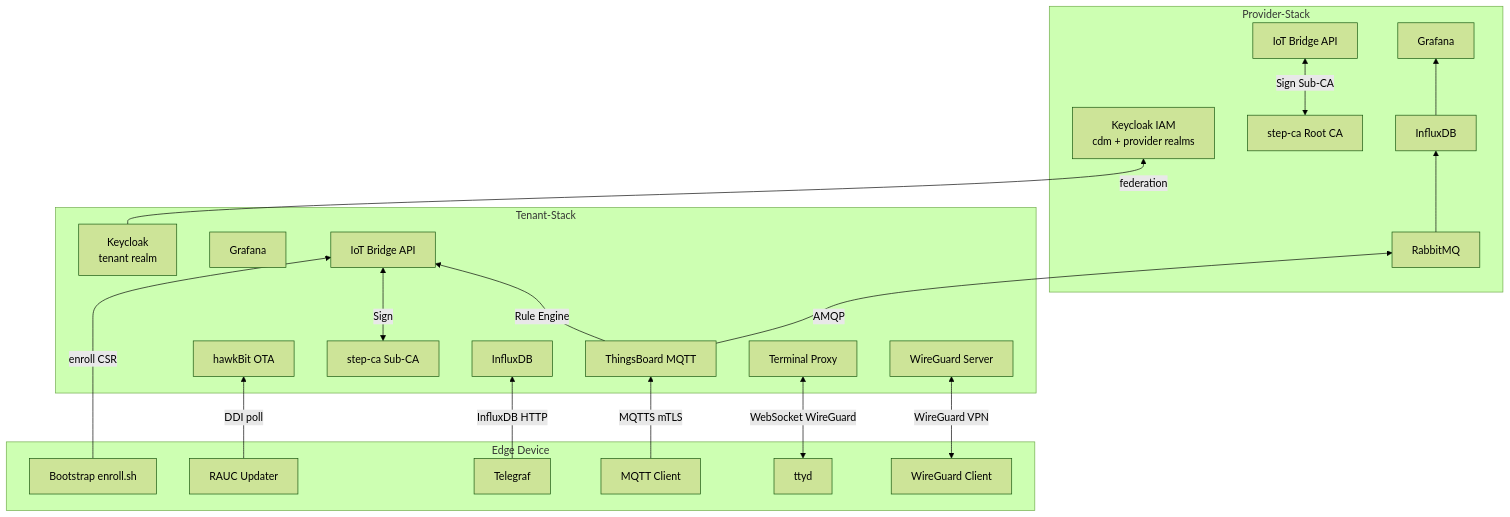
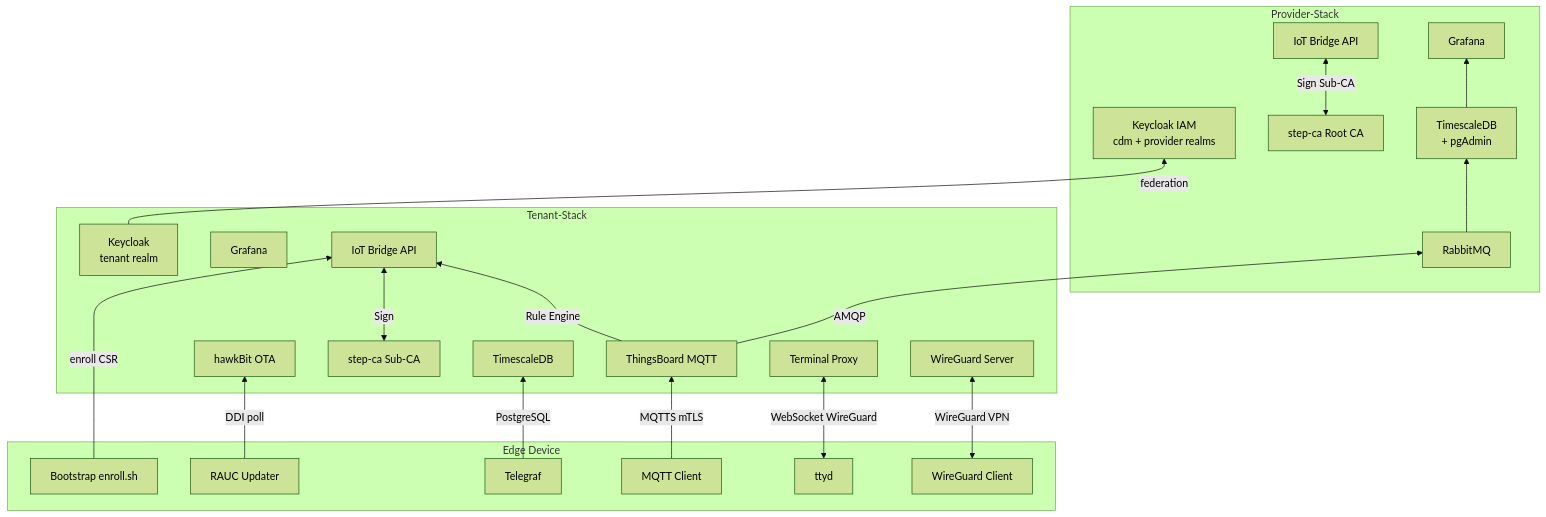
The second of 2 diagrams in README.md (the78mole/complete-device-management), drawn with Mermaid (forest theme) before and after one commit. The commit also changed other lines of this file and 12 other files, not shown here.

Commit message:
feat: update documentation and configurations to replace InfluxDB with TimescaleDB across the stack

````diff
--- a/README.md
+++ b/README.md
@@ -71,46 +71,46 @@
 ```mermaid
 flowchart BT
     subgraph provider[Provider-Stack]
         KC[Keycloak IAM<br>cdm + provider realms]
         SCA[step-ca Root CA]
         RMQ[RabbitMQ]
-        IDB_P[InfluxDB]
+        TSDB_P[TimescaleDB<br>+ pgAdmin]
         GRF_P[Grafana]
         IBA_P[IoT Bridge API]
 
         SCA <-->|Sign Sub-CA| IBA_P
-        RMQ --> IDB_P --> GRF_P
+        RMQ --> TSDB_P --> GRF_P
     end
 
     subgraph tenant[Tenant-Stack]
         KC_T[Keycloak<br>tenant realm]
         TB[ThingsBoard MQTT]
         HB[hawkBit OTA]
         SCA_T[step-ca Sub-CA]
         WGS[WireGuard Server]
         TXP[Terminal Proxy]
-        IDB_T[InfluxDB]
+        TSDB_T[TimescaleDB]
         GRF_T[Grafana]
 
         KC_T -->|federation| KC
         TB -->|Rule Engine| IBA_T[IoT Bridge API]
         SCA_T <-->|Sign| IBA_T
         TB -->|AMQP| RMQ
     end
 
     subgraph edge[Edge Device]
         BST[Bootstrap enroll.sh]
         UPD[RAUC Updater]
         TLG[Telegraf]
         MQC[MQTT Client]
         TTD[ttyd]
         WGC[WireGuard Client]
     end
 
     MQC -->|MQTTS mTLS| TB
     UPD -->|DDI poll| HB
-    TLG -->|InfluxDB HTTP| IDB_T
+    TLG -->|PostgreSQL| TSDB_T
     TTD <-->|WebSocket WireGuard| TXP
     WGC <-->|WireGuard VPN| WGS
     BST -->|enroll CSR| IBA_T
 ```
````
